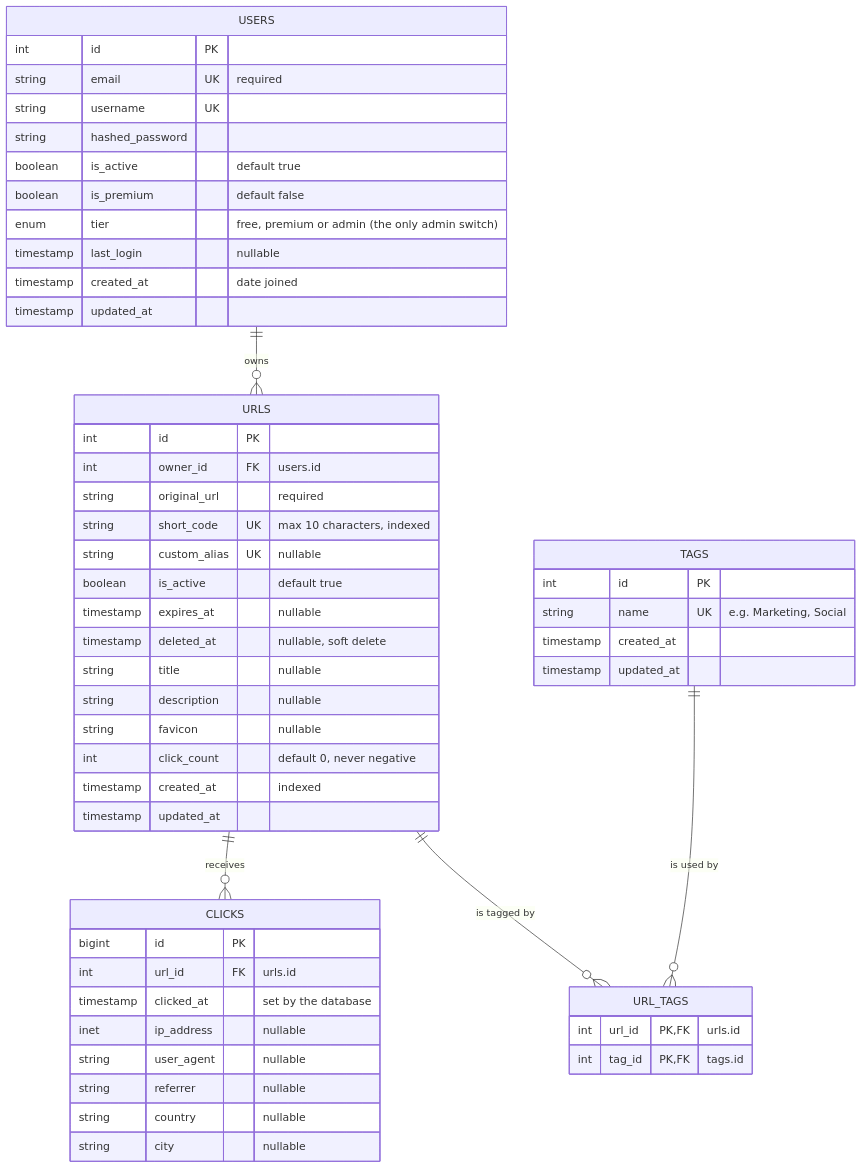
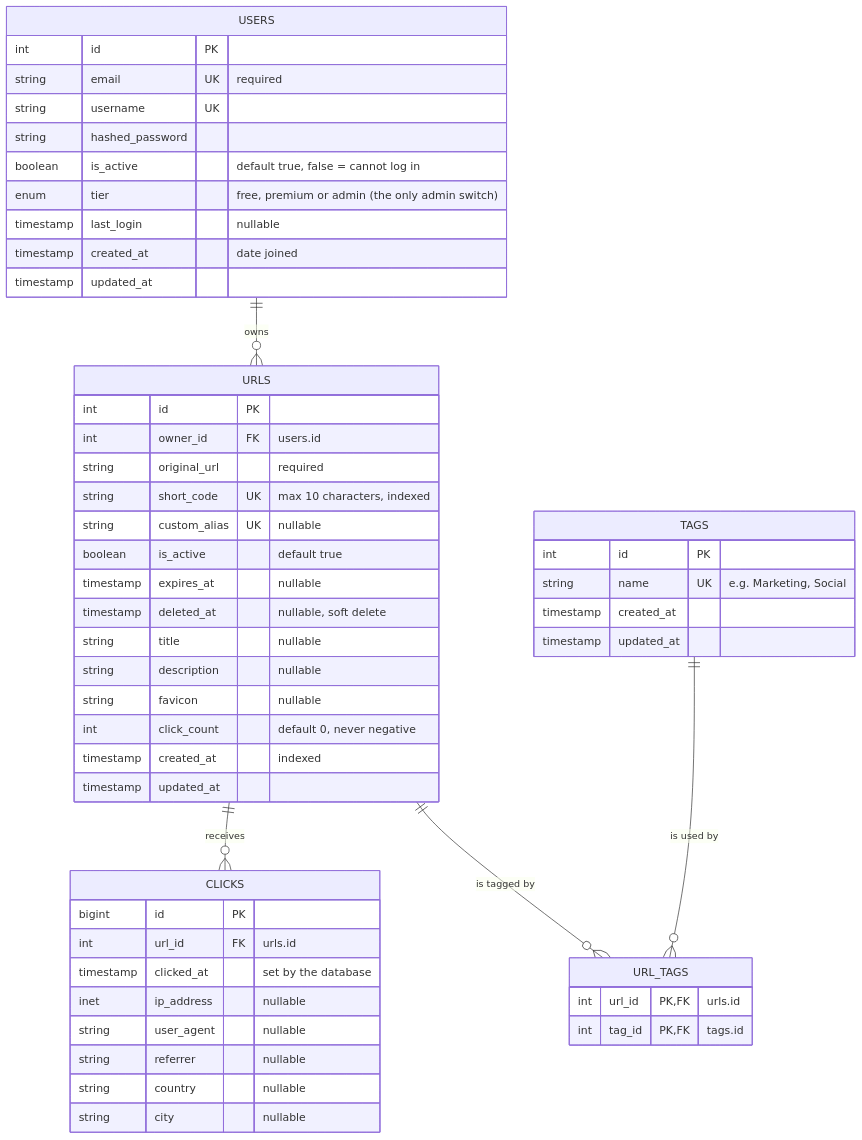
Before and after one commit to Aline-CROIRE/url-shortener-fastapi: the fourth of 4 diagrams in README.md, drawn with Mermaid. The commit also changed other lines of this file, not shown here.

````diff
--- a/README.md
+++ b/README.md
@@ -105,60 +105,59 @@
 ```mermaid
 erDiagram
     USERS ||--o{ URLS : "owns"
     URLS ||--o{ CLICKS : "receives"
     URLS ||--o{ URL_TAGS : "is tagged by"
     TAGS ||--o{ URL_TAGS : "is used by"
 
     USERS {
         int id PK
         string email UK "required"
         string username UK
         string hashed_password
-        boolean is_active "default true"
-        boolean is_premium "default false"
+        boolean is_active "default true, false = cannot log in"
         enum tier "free, premium or admin (the only admin switch)"
         timestamp last_login "nullable"
         timestamp created_at "date joined"
         timestamp updated_at
     }
 
     URLS {
         int id PK
         int owner_id FK "users.id"
         string original_url "required"
         string short_code UK "max 10 characters, indexed"
         string custom_alias UK "nullable"
         boolean is_active "default true"
         timestamp expires_at "nullable"
         timestamp deleted_at "nullable, soft delete"
         string title "nullable"
         string description "nullable"
         string favicon "nullable"
         int click_count "default 0, never negative"
         timestamp created_at "indexed"
         timestamp updated_at
     }
 
     CLICKS {
         bigint id PK
         int url_id FK "urls.id"
         timestamp clicked_at "set by the database"
         inet ip_address "nullable"
         string user_agent "nullable"
         string referrer "nullable"
         string country "nullable"
         string city "nullable"
     }
 
     TAGS {
         int id PK
         string name UK "e.g. Marketing, Social"
         timestamp created_at
         timestamp updated_at
     }
 
     URL_TAGS {
         int url_id PK, FK "urls.id"
         int tag_id PK, FK "tags.id"
     }
 ```
````
